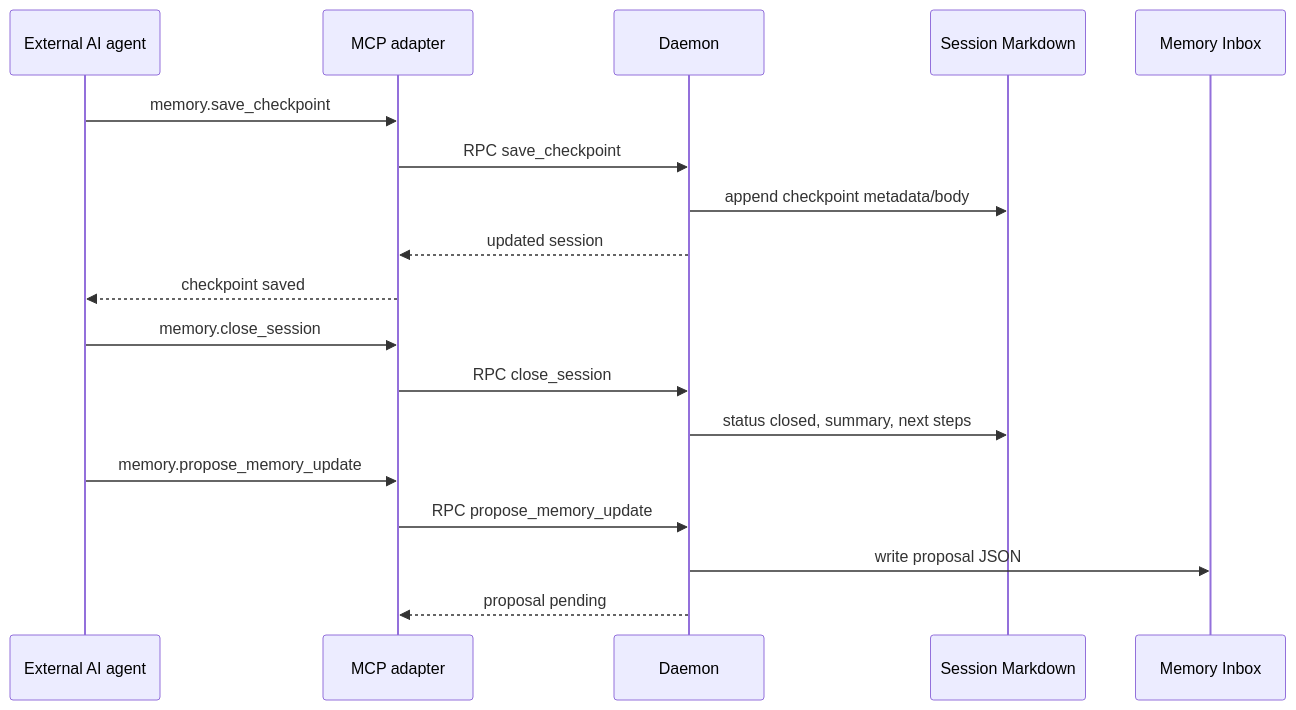
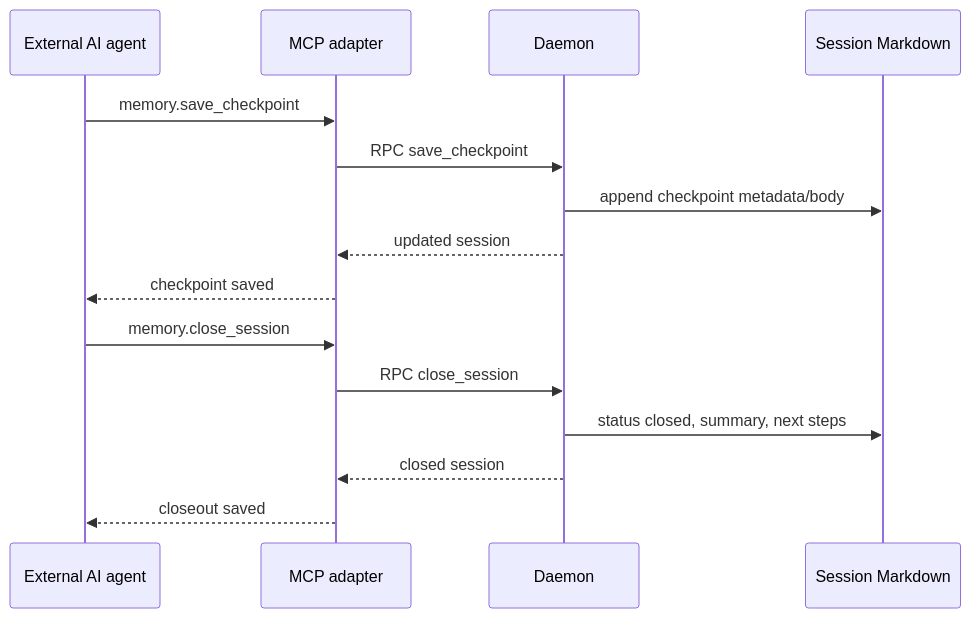
One commit to zharwing/memory changed the ninth of 21 diagrams in docs/DIAGRAMS.md. Above: the diagram before and after it, drawn with Mermaid. The commit also changed other lines of this file and 73 other files, not shown here.

````diff
--- a/docs/DIAGRAMS.md
+++ b/docs/DIAGRAMS.md
@@ -369,22 +369,19 @@
 ```mermaid
 sequenceDiagram
   participant Agent as External AI agent
   participant MCP as MCP adapter
   participant Daemon as Daemon
   participant SessionFile as Session Markdown
-  participant Inbox as Memory Inbox
 
   Agent->>MCP: memory.save_checkpoint
   MCP->>Daemon: RPC save_checkpoint
   Daemon->>SessionFile: append checkpoint metadata/body
   Daemon-->>MCP: updated session
   MCP-->>Agent: checkpoint saved
 
   Agent->>MCP: memory.close_session
   MCP->>Daemon: RPC close_session
   Daemon->>SessionFile: status closed, summary, next steps
-  Agent->>MCP: memory.propose_memory_update
-  MCP->>Daemon: RPC propose_memory_update
-  Daemon->>Inbox: write proposal JSON
-  Daemon-->>MCP: proposal pending
+  Daemon-->>MCP: closed session
+  MCP-->>Agent: closeout saved
 ```
````
